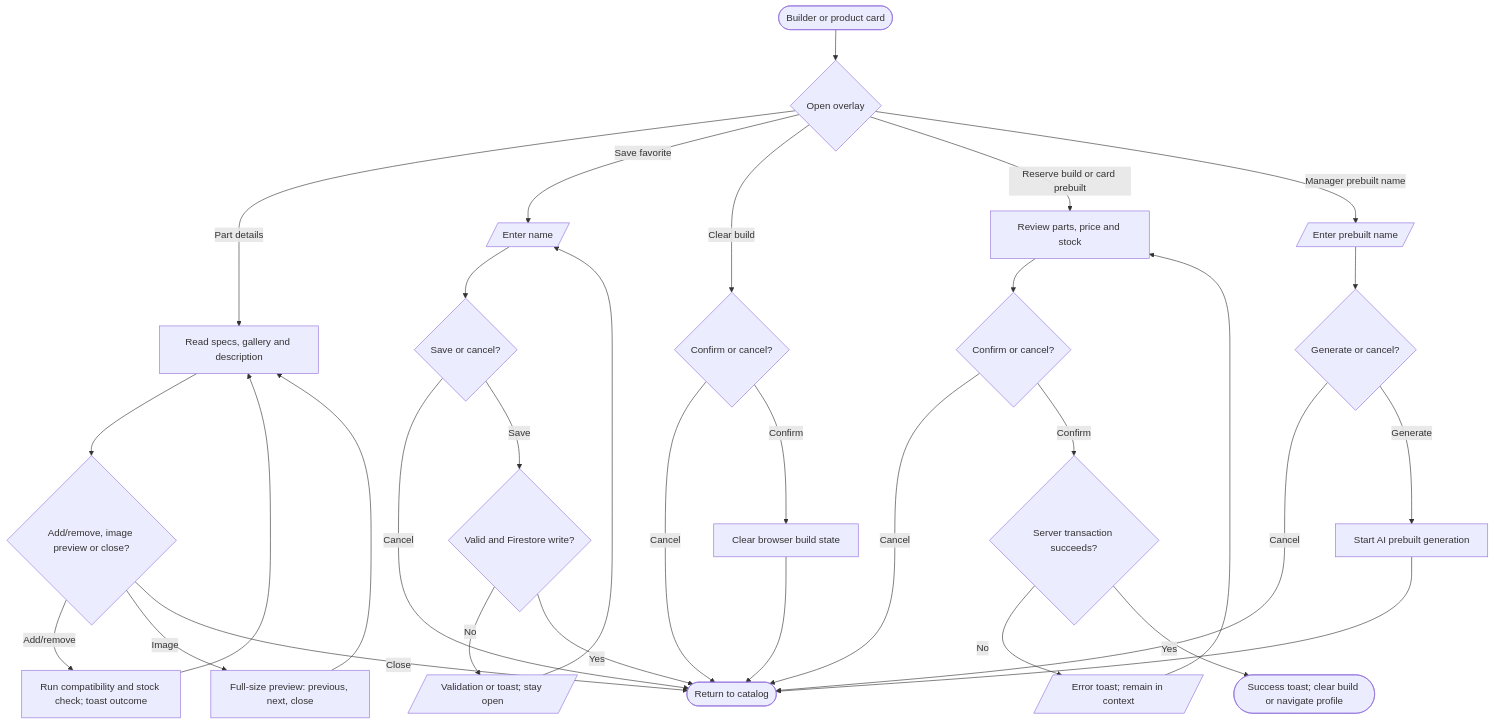
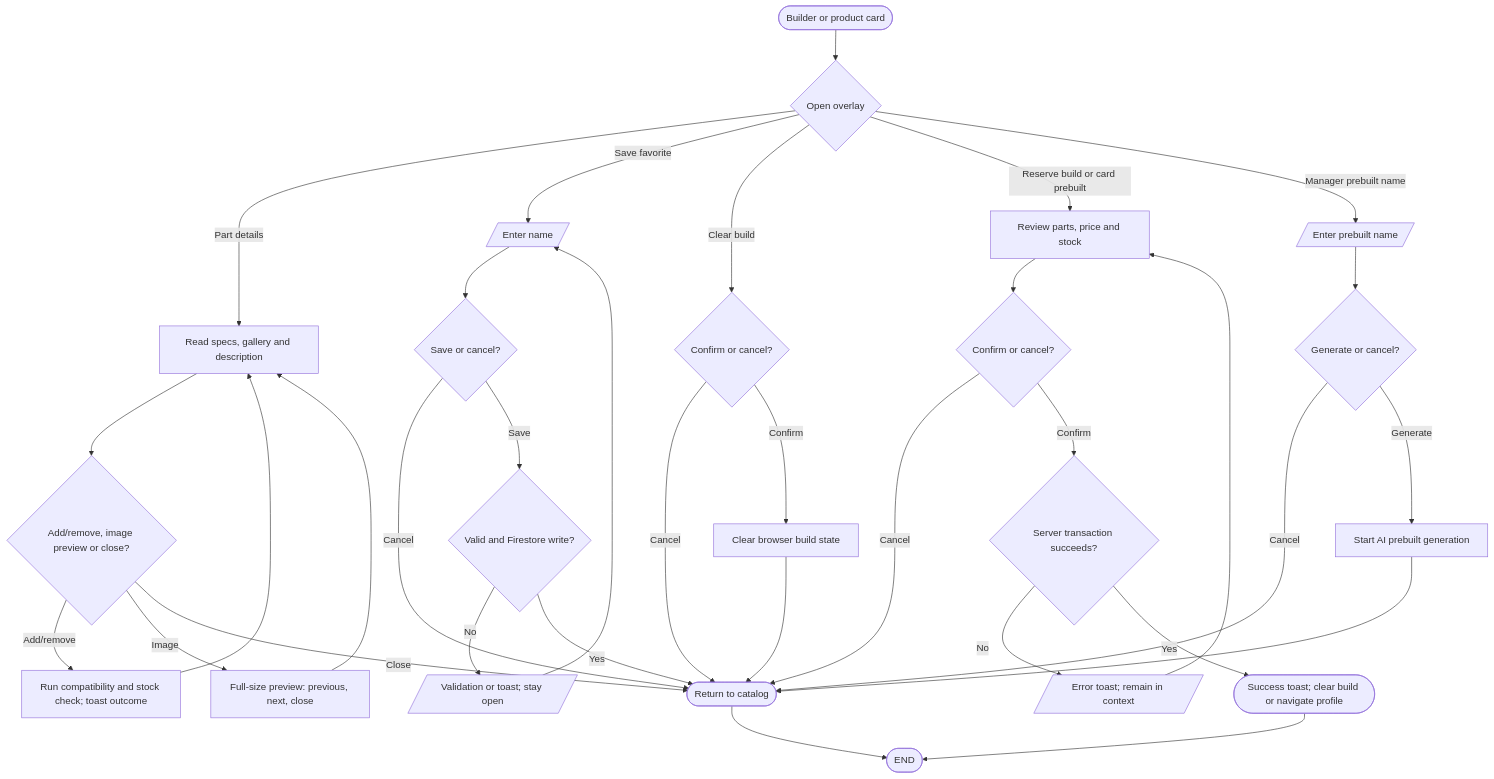
One commit to VirgenRayzon/BuilbotAI changed the second of 4 diagrams in docs/flowcharts/popup-decision-flowcharts.md. Above: the diagram before and after it, drawn with Mermaid. The commit also changed other lines of this file and 109 other files, not shown here.

Commit message:
feat(builder): add live recommendations, budget slider, and updated system flowcharts

````diff
--- a/docs/flowcharts/popup-decision-flowcharts.md
+++ b/docs/flowcharts/popup-decision-flowcharts.md
@@ -40,28 +56,30 @@
 ```mermaid
 flowchart TD
   Start([Builder or product card]) --> Choose{Open overlay}
   Choose -- Part details --> Details[Read specs, gallery and description]
   Details --> DetailAction{Add/remove, image preview or close?}
   DetailAction -- Add/remove --> Toggle[Run compatibility and stock check; toast outcome] --> Details
   DetailAction -- Image --> Image[Full-size preview: previous, next, close] --> Details
   DetailAction -- Close --> Return([Return to catalog])
   Choose -- Save favorite --> Save[/Enter name/]
   Save --> SaveChoice{Save or cancel?}
   SaveChoice -- Cancel --> Return
   SaveChoice -- Save --> SaveWrite{Valid and Firestore write?}
   SaveWrite -- No --> SaveError[/Validation or toast; stay open/] --> Save
   SaveWrite -- Yes --> Return
   Choose -- Clear build --> Clear{Confirm or cancel?}
   Clear -- Cancel --> Return
   Clear -- Confirm --> Empty[Clear browser build state] --> Return
   Choose -- Reserve build or card prebuilt --> Reserve[Review parts, price and stock]
   Reserve --> ReserveChoice{Confirm or cancel?}
   ReserveChoice -- Cancel --> Return
   ReserveChoice -- Confirm --> Transaction{Server transaction succeeds?}
   Transaction -- No --> ReserveError[/Error toast; remain in context/] --> Reserve
   Transaction -- Yes --> Success([Success toast; clear build or navigate profile])
   Choose -- Manager prebuilt name --> Name[/Enter prebuilt name/]
   Name --> NameChoice{Generate or cancel?}
   NameChoice -- Cancel --> Return
   NameChoice -- Generate --> Generate[Start AI prebuilt generation] --> Return
+  Return --> Finish([END])
+  Success --> Finish
 ```
````
